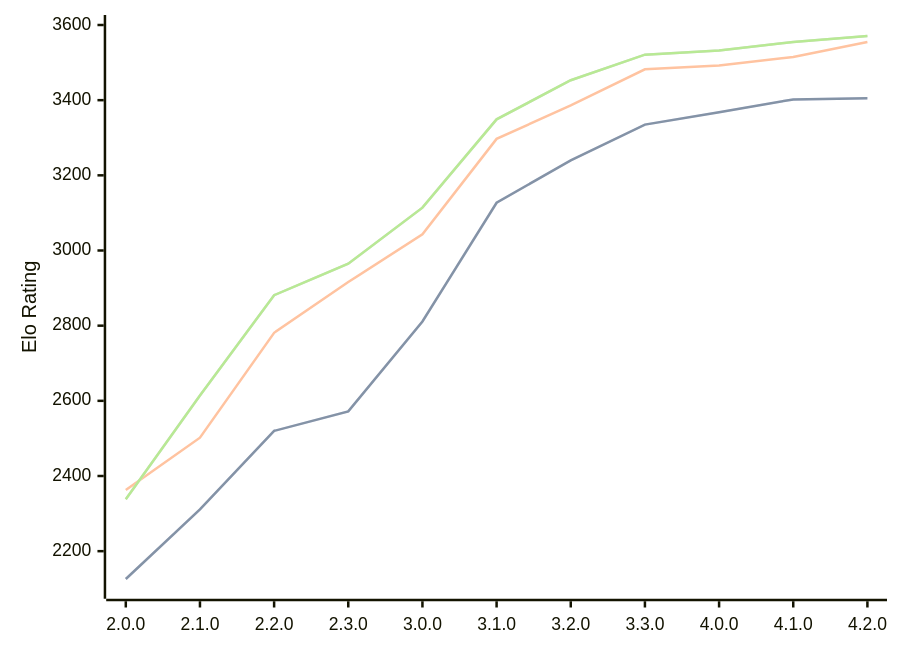
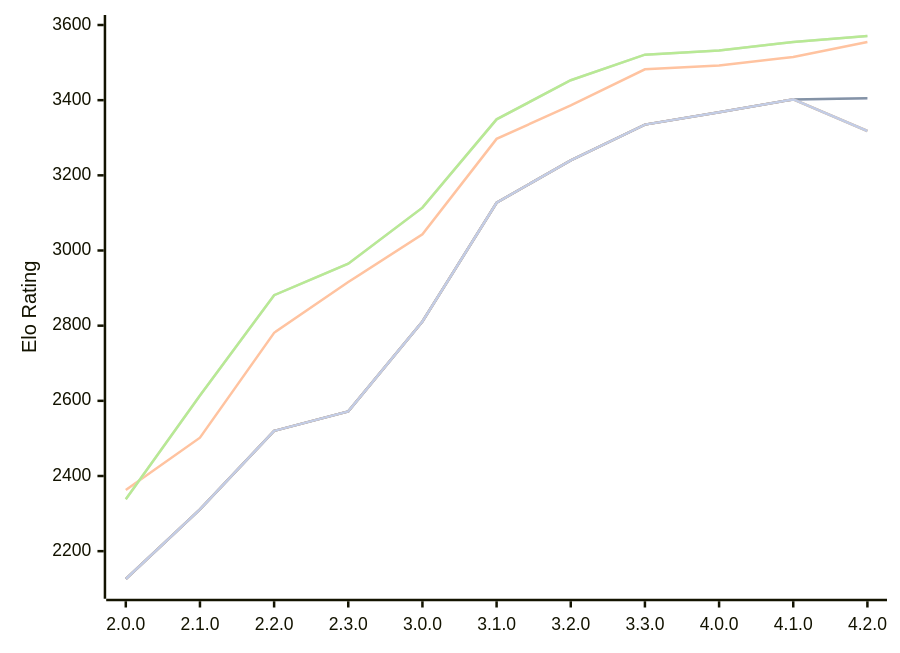
One commit to computer-chess-index/cci changed the diagram in engines/Raphael.md. Above: the diagram before and after it, drawn with Mermaid. The commit also changed other lines of this file, not shown here.

Commit message:
Update CCI Ratings (ELO VLTC) - 2026-10-11

````diff
--- a/engines/Raphael.md
+++ b/engines/Raphael.md
@@ -57,16 +57,13 @@
 ```mermaid
 %%{init: {"theme":"base","themeVariables":{"seriesColors:['#a3a3a3','#222221','#faa371']}}}%%
 xychart-beta
   x-axis ["2.0.0", "2.1.0", "2.2.0", "2.3.0", "3.0.0", "3.1.0", "3.2.0", "3.3.0", "4.0.0", "4.1.0", "4.2.0"]
   y-axis "Elo Rating" 2100 --> 3600
   line "" [2126, 2311, 2520, 2572, 2811, 3127, 3240, 3335, 3368, 3402, 3405]
   line "T1: STC (8.0+0.08s)" [2126, 2311, 2520, 2572, 2811, 3127, 3240, 3335, 3368, 3402, 3405]
   line "T1: LTC (60.0+0.60s)" [2363, 2502, 2781, 2916, 3043, 3297, 3386, 3482, 3492, 3515, 3555]
   line "" [2338, 2614, 2881, 2965, 3114, 3349, 3453, 3521, 3532, 3555, 3571]
   line "T1: VLTC (2m24s+1.12s)" [2338, 2614, 2881, 2965, 3114, 3349, 3453, 3521, 3532, 3555, 3571]
-  line "" [3308]
-  line "E1: STC (8.0+0.08s)" [3308]
-  line "E1: LTC (60.0+0.60s)" [3521]
-  line "" [3578]
-  line "E1: VLTC (2m24s+1.12s)" [3578]
+  line "" [2126, 2311, 2520, 2572, 2811, 3127, 3240, 3335, 3368, 3402,3318]
+  line "E1: STC (8.0+0.08s)" [2126, 2311, 2520, 2572, 2811, 3127, 3240, 3335, 3368, 3402,3318]
 ```
````
